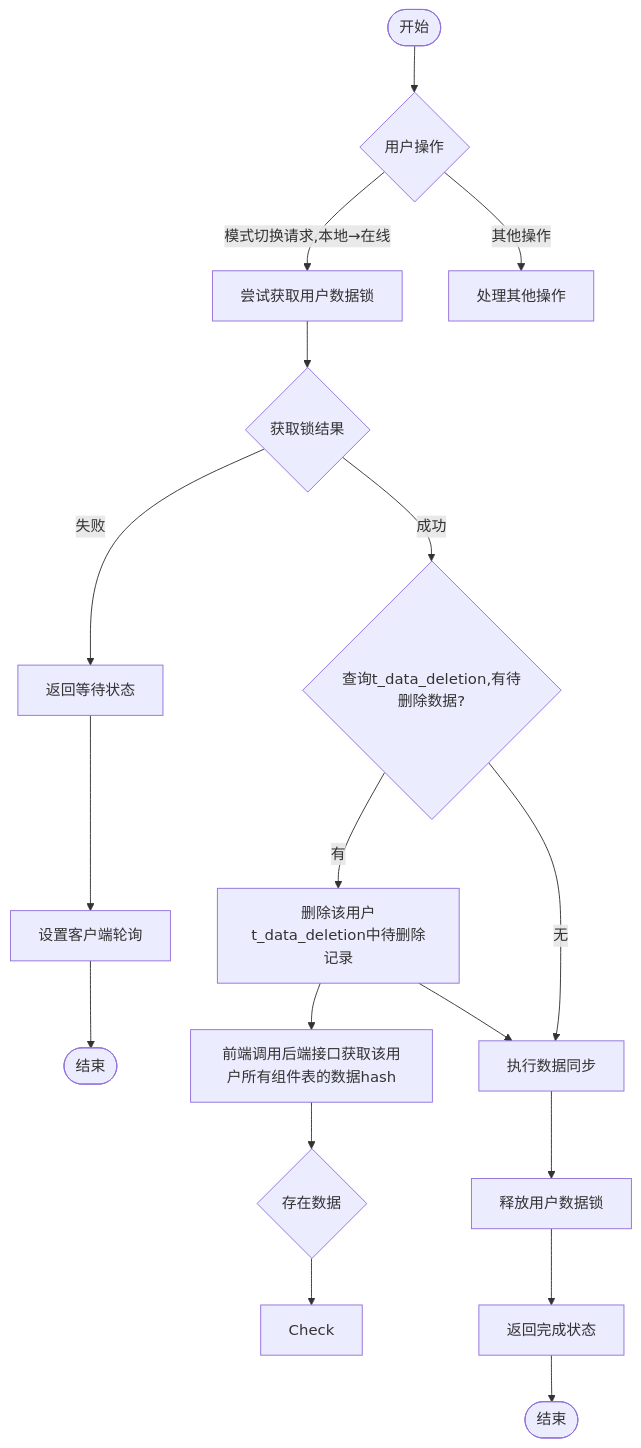
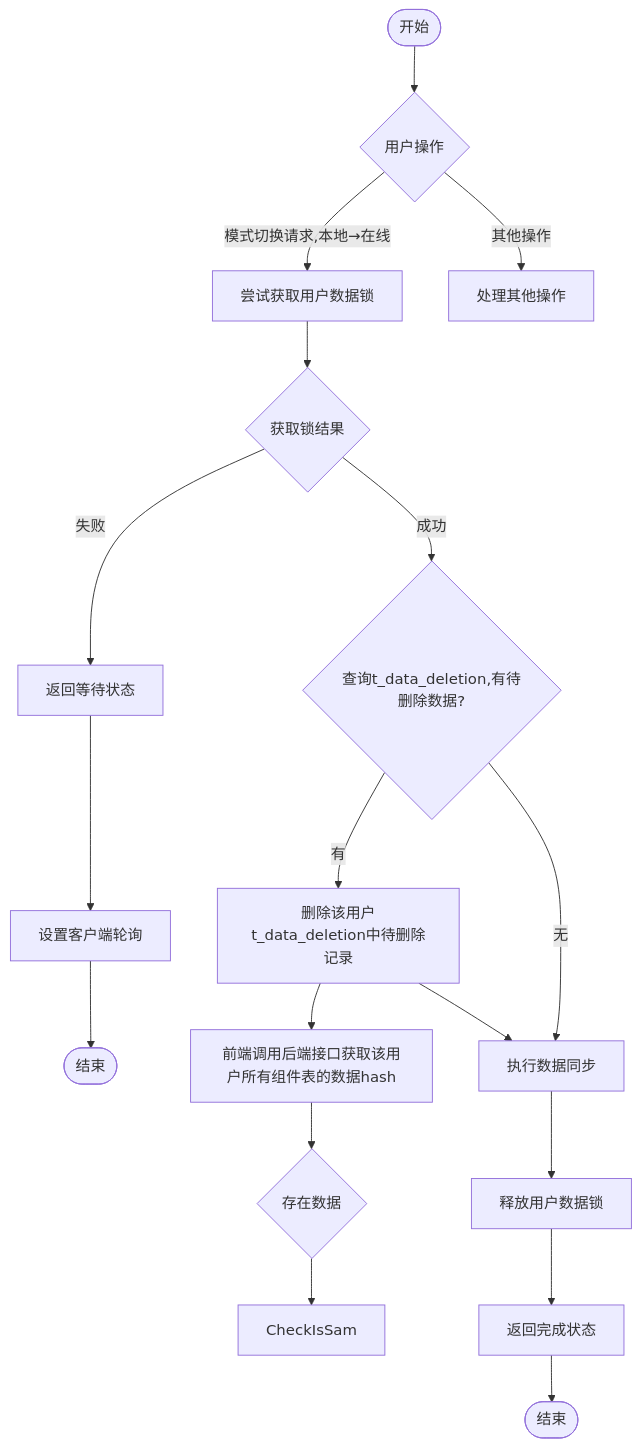
Before and after one commit to yingjianzh/iodraw-files: the diagram in all/未命名-57.md, drawn with Mermaid.

Commit message:
2025-05-12 11:32:29 update

````diff
--- a/all/未命名-57.md
+++ b/all/未命名-57.md
@@ -1,31 +1,31 @@
 ```mermaid
 
 flowchart TD
     %% 主要分支
     Start([开始]) --> UserAction{用户操作}
     UserAction -->|模式切换请求,本地→在线| TryLock[尝试获取用户数据锁]
     UserAction -->|其他操作| OtherOps[处理其他操作]
 
     %% 模式切换流程
     TryLock --> LockResult{获取锁结果}
     
     LockResult -->|失败| ReturnWaiting[返回等待状态]
     ReturnWaiting --> SetupPolling[设置客户端轮询]
     SetupPolling --> End1([结束])
     
     LockResult -->|成功| CheckPendingDeletion{查询t_data_deletion,有待删除数据?}
     
     CheckPendingDeletion -->|有| RemoveDeletionRecords[删除该用户t_data_deletion中待删除记录]
     RemoveDeletionRecords --> FrontGetComponentTableHash[前端调用后端接口获取该用户所有组件表的数据hash]
     FrontGetComponentTableHash --> ExistData{存在数据}
 
-    ExistData --> Check
+    ExistData --> CheckIsSam
     RemoveDeletionRecords --> PerformSync[执行数据同步]
     
     CheckPendingDeletion -->|无| PerformSync
     
     PerformSync --> ReleaseSwitchLock[释放用户数据锁]
     ReleaseSwitchLock --> ReturnComplete[返回完成状态]
     ReturnComplete --> End2([结束])
 
 ```
````
